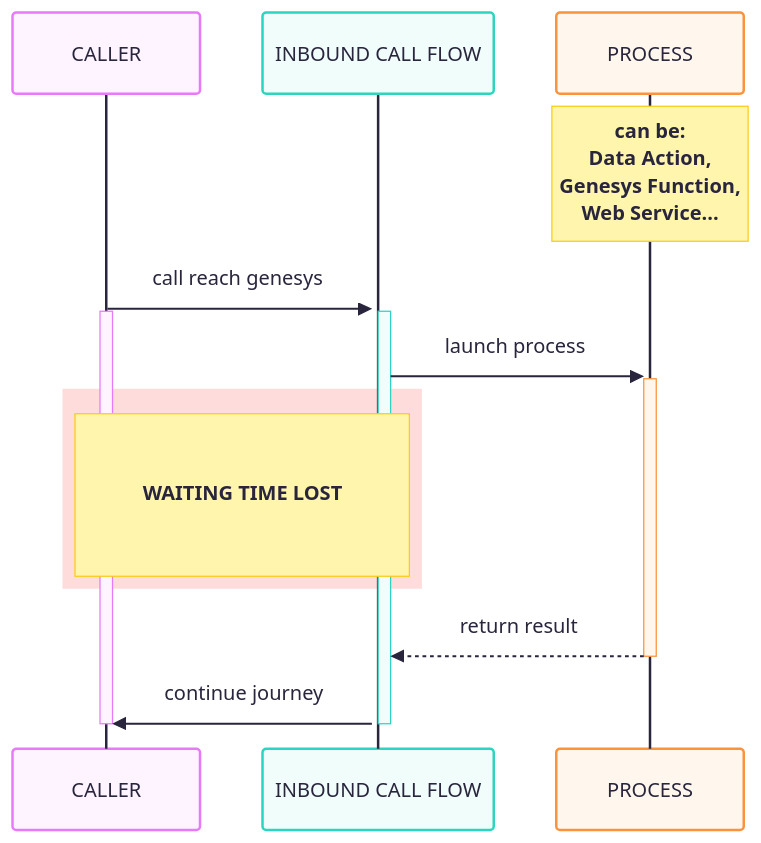
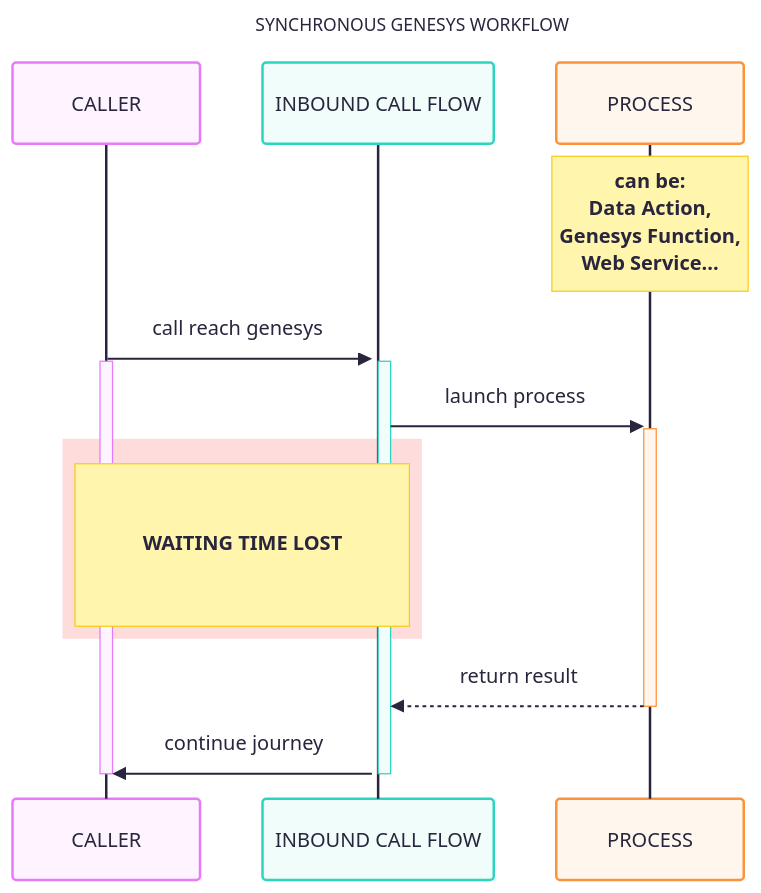
Before and after one commit to antoningar/genesys-cloud-async-worklfow: the diagram in synchronous.mmd, drawn with Mermaid. The commit also changed 3 other files, not shown here.

Commit message:
feat(doc): update diagrams

```diff
--- a/synchronous.mmd
+++ b/synchronous.mmd
@@ -1,20 +1,21 @@
 ---
 config:
   theme: redux-color
+  look: classic
+title: SYNCHRONOUS GENESYS WORKFLOW
 ---
 sequenceDiagram
   participant CALLER
   participant FLOW as INBOUND CALL FLOW
   participant PROCESS
   Note over PROCESS: can be: <br>Data Action,<br>Genesys Function,<br>Web Service...
-
   CALLER ->>+ FLOW: call reach genesys
   activate CALLER
   activate FLOW
   FLOW ->>+ PROCESS: launch process
   rect rgba(255,20,20,0.15)
     Note over CALLER, FLOW: <br><br>WAITING TIME LOST<br><br>
   end
   PROCESS -->>- FLOW: return result
   FLOW ->>- CALLER: continue journey
   deactivate CALLER
```
